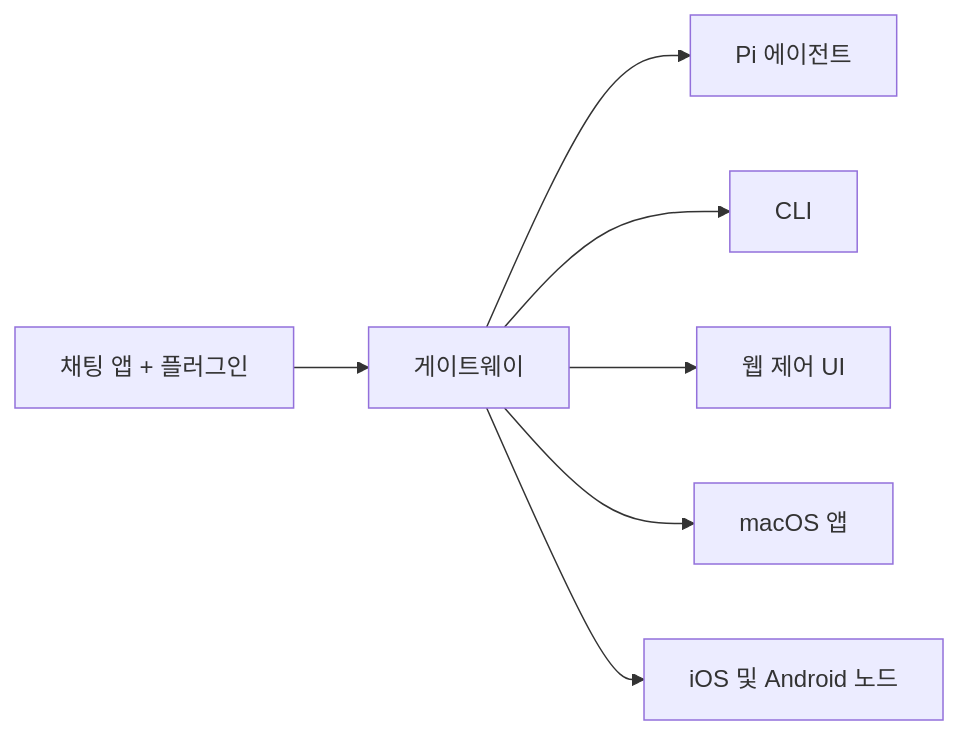
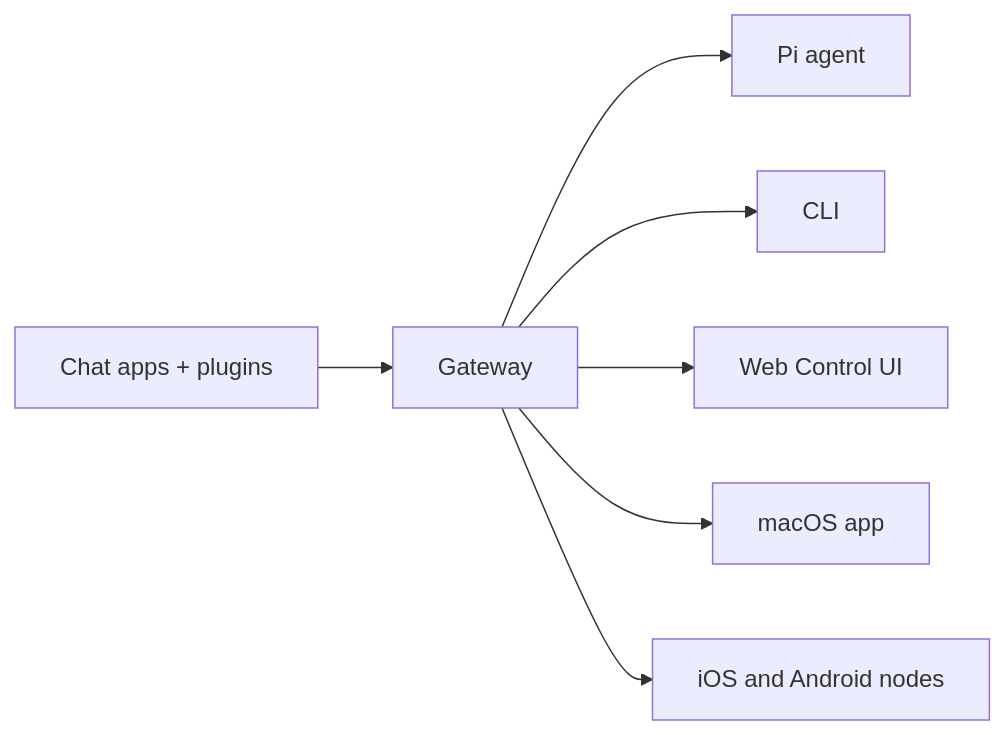
One commit to cabbagehao/openclawDoc changed the diagram in docs/ko-KR/index.md. Above: the diagram before and after it, drawn with Mermaid. The commit also changed other lines of this file and 265 other files, not shown here.

````diff
--- a/docs/ko-KR/index.md
+++ b/docs/ko-KR/index.md
@@ -69,9 +69,9 @@
 ```mermaid
 flowchart LR
-  A["채팅 앱 + 플러그인"] --> B["게이트웨이"]
-  B --> C["Pi 에이전트"]
+  A["Chat apps + plugins"] --> B["Gateway"]
+  B --> C["Pi agent"]
   B --> D["CLI"]
-  B --> E["웹 제어 UI"]
-  B --> F["macOS 앱"]
-  B --> G["iOS 및 Android 노드"]
+  B --> E["Web Control UI"]
+  B --> F["macOS app"]
+  B --> G["iOS and Android nodes"]
 ```
````
